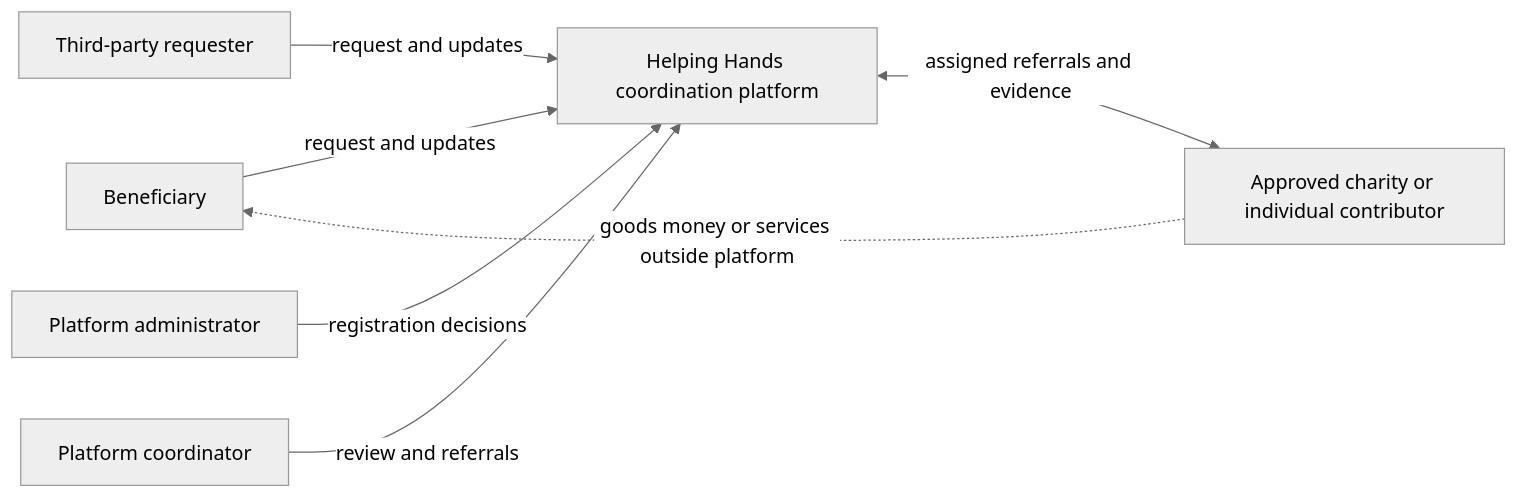
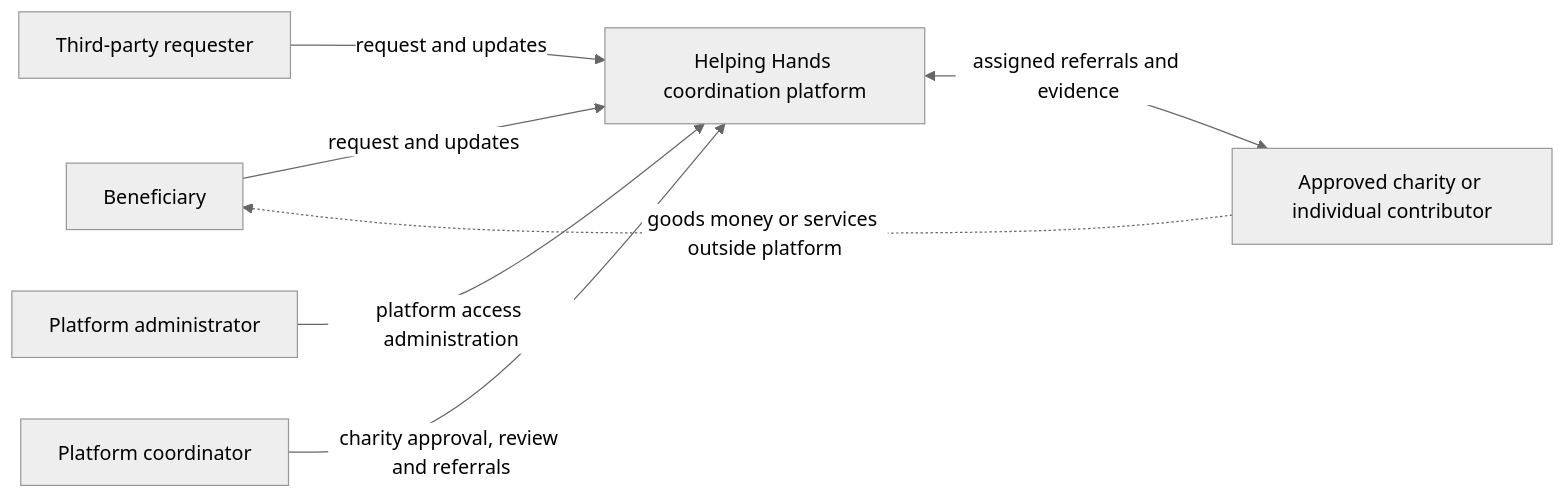
The first of 10 diagrams in docs/models.md (Bola-j/Helping-Hands), drawn with Mermaid (neutral theme) before and after one commit. The commit also changed other lines of this file and 10 other files, not shown here.

````diff
--- a/docs/models.md
+++ b/docs/models.md
@@ -9,9 +9,9 @@
 ```mermaid
 flowchart LR
  B[Beneficiary] -->|request and updates| H[Helping Hands coordination platform]
  T[Third-party requester] -->|request and updates| H
- A[Platform administrator] -->|registration decisions| H
- C[Platform coordinator] -->|review and referrals| H
+ A[Platform administrator] -->|platform access administration| H
+ C[Platform coordinator] -->|charity approval, review and referrals| H
  H <-->|assigned referrals and evidence| P[Approved charity or individual contributor]
  P -.->|goods money or services outside platform| B
 ```
````
